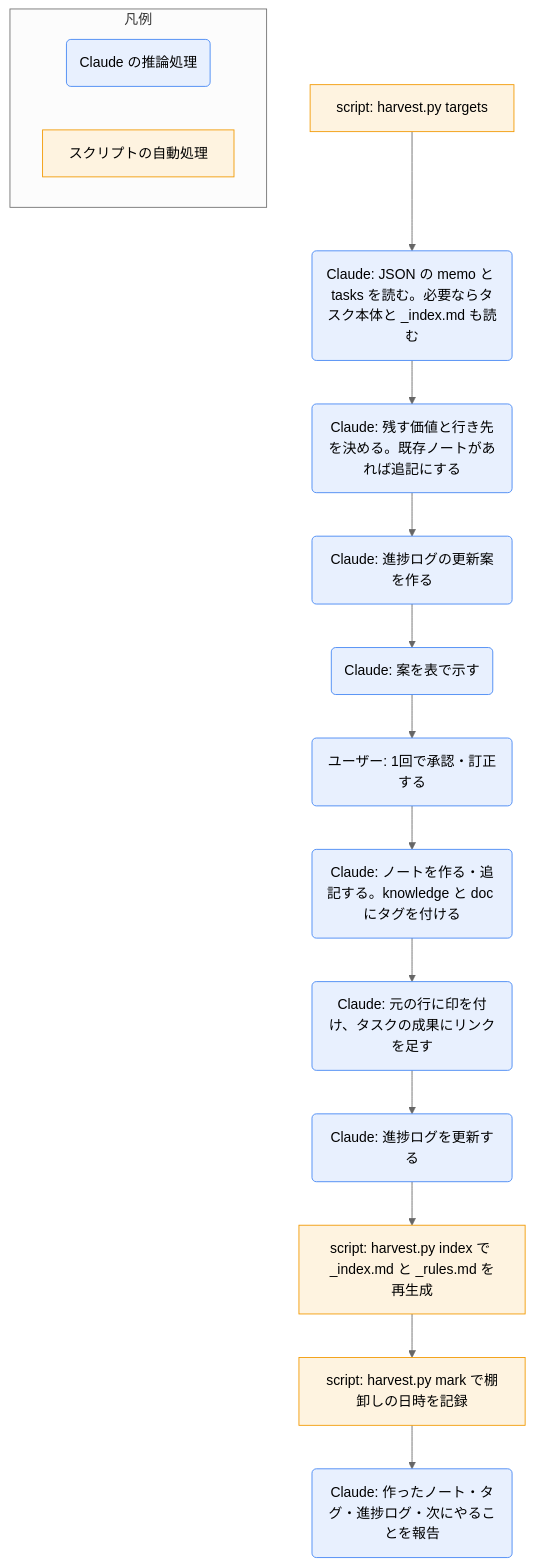
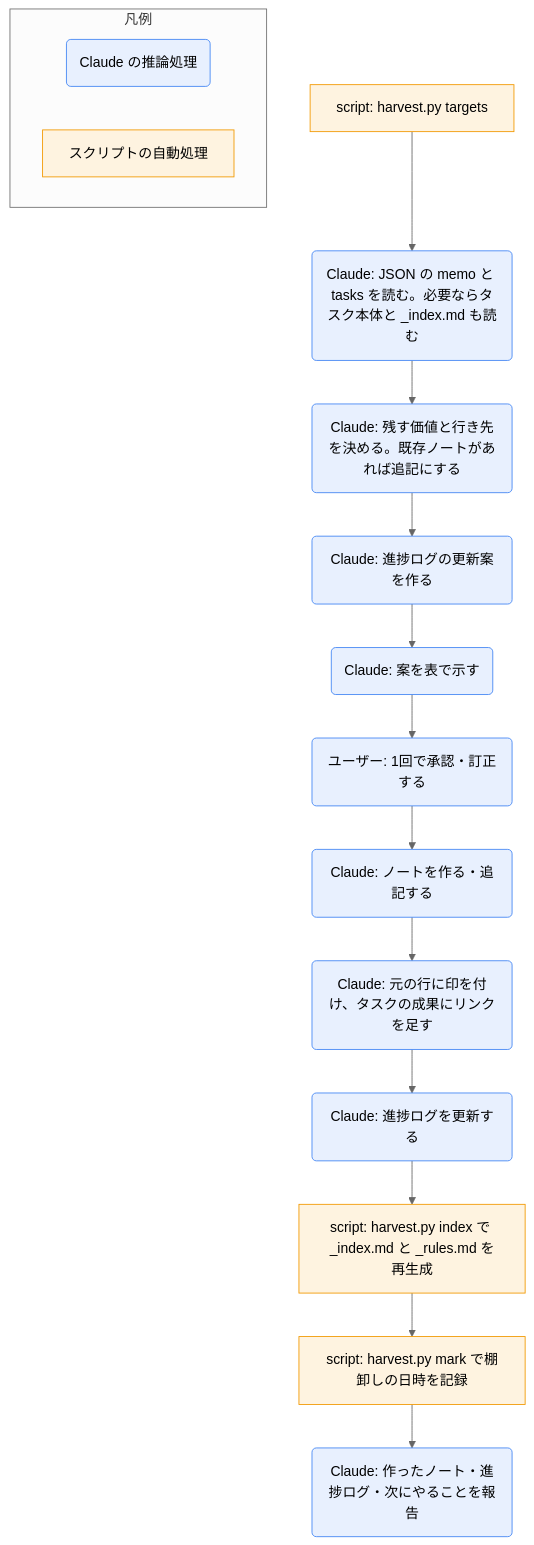
One commit to asama0101/obsidian-claude changed the diagram in 90_system/skill-docs/knowledge-harvest.md. Above: the diagram before and after it, drawn with Mermaid (neutral theme). The commit also changed other lines of this file and 50 other files, not shown here.

````diff
--- a/90_system/skill-docs/knowledge-harvest.md
+++ b/90_system/skill-docs/knowledge-harvest.md
@@ -44,22 +42,22 @@
 ```mermaid
 flowchart TD
   A[script: harvest.py targets] --> B(Claude: JSON の memo と tasks を読む。必要ならタスク本体と _index.md も読む)
   B --> C(Claude: 残す価値と行き先を決める。既存ノートがあれば追記にする)
   C --> D(Claude: 進捗ログの更新案を作る)
   D --> E(Claude: 案を表で示す)
   E --> F(ユーザー: 1回で承認・訂正する)
-  F --> G(Claude: ノートを作る・追記する。knowledge と doc にタグを付ける)
+  F --> G(Claude: ノートを作る・追記する)
   G --> H(Claude: 元の行に印を付け、タスクの成果にリンクを足す)
   H --> I(Claude: 進捗ログを更新する)
   I --> J[script: harvest.py index で _index.md と _rules.md を再生成]
   J --> K[script: harvest.py mark で棚卸しの日時を記録]
-  K --> L(Claude: 作ったノート・タグ・進捗ログ・次にやることを報告)
+  K --> L(Claude: 作ったノート・進捗ログ・次にやることを報告)
   classDef ai fill:#e8f0fe,stroke:#4285f4
   classDef sc fill:#fef3e0,stroke:#f29900
   class B,C,D,E,F,G,H,I,L ai
   class A,J,K sc
   subgraph 凡例
     L1(Claude の推論処理):::ai
     L2[スクリプトの自動処理]:::sc
   end
 ```
````
